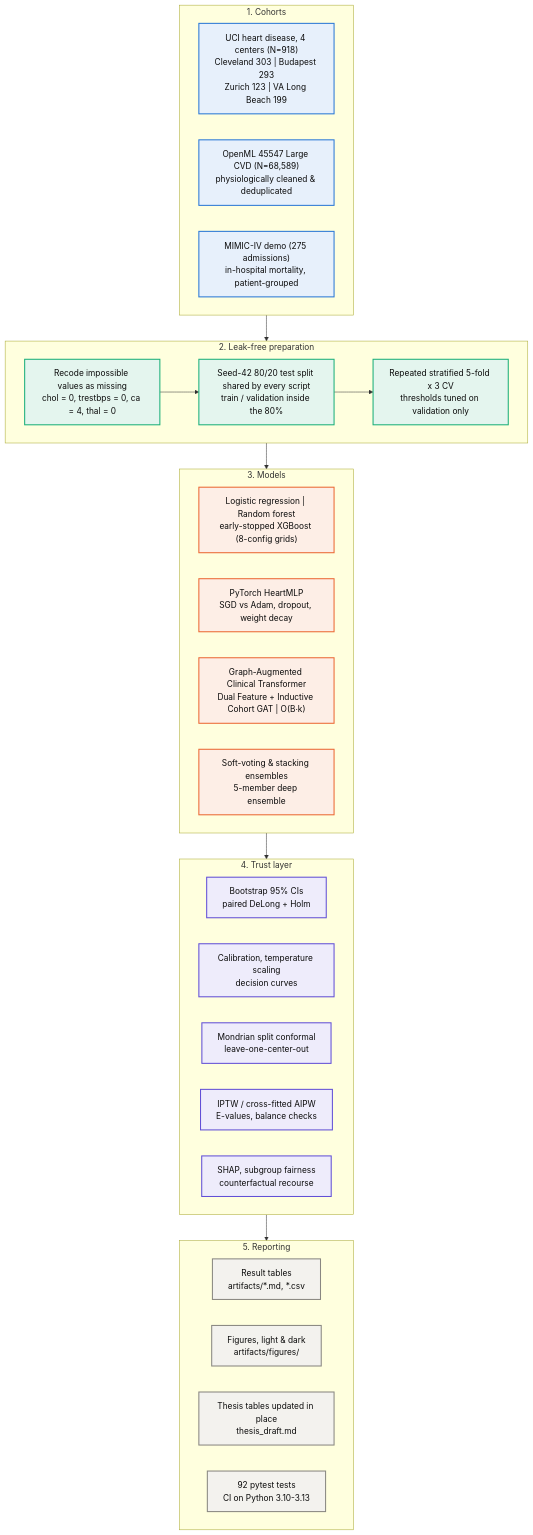
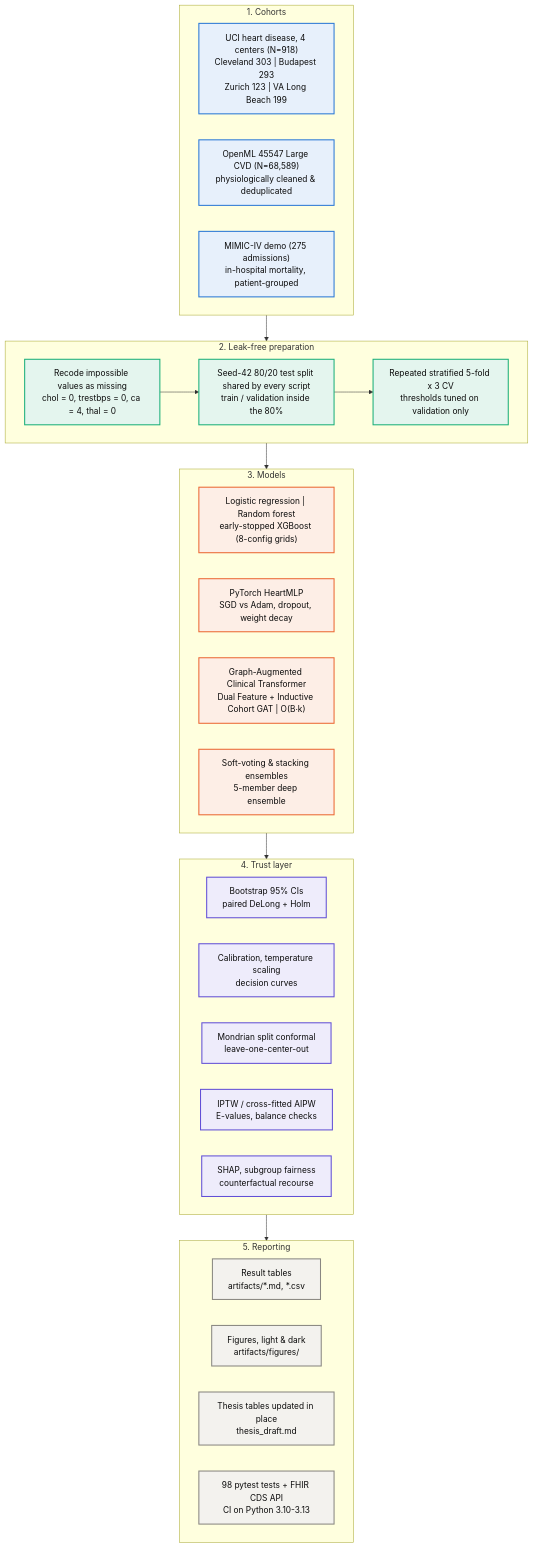
The diagram in README.md (YahyaLendani/heart-disease-clinical-ml), drawn with Mermaid before and after one commit. The commit also changed other lines of this file and 12 other files, not shown here.

````diff
--- a/README.md
+++ b/README.md
@@ -76,50 +76,50 @@
 ```mermaid
 flowchart TB
     classDef data fill:#e7f0fb,stroke:#2a78d6,stroke-width:2px,color:#0b0b0b
     classDef prep fill:#e4f5ee,stroke:#1baf7a,stroke-width:2px,color:#0b0b0b
     classDef model fill:#fdeee6,stroke:#eb6834,stroke-width:2px,color:#0b0b0b
     classDef trust fill:#eeecfb,stroke:#6250d6,stroke-width:2px,color:#0b0b0b
     classDef out fill:#f3f2ee,stroke:#898781,stroke-width:2px,color:#0b0b0b
 
     subgraph Data["1. Cohorts"]
         direction LR
         A1["UCI heart disease, 4 centers (N=918)<br/>Cleveland 303 | Budapest 293<br/>Zurich 123 | VA Long Beach 199"]:::data
         A2["OpenML 45547 Large CVD (N=68,589)<br/>physiologically cleaned & deduplicated"]:::data
         A3["MIMIC-IV demo (275 admissions)<br/>in-hospital mortality, patient-grouped"]:::data
     end
 
     subgraph Prep["2. Leak-free preparation"]
         direction LR
         B1["Recode impossible values as missing<br/>chol = 0, trestbps = 0, ca = 4, thal = 0"]:::prep
         B2["Seed-42 80/20 test split shared by every script<br/>train / validation inside the 80%"]:::prep
         B3["Repeated stratified 5-fold x 3 CV<br/>thresholds tuned on validation only"]:::prep
         B1 --> B2 --> B3
     end
 
     subgraph Models["3. Models"]
         direction LR
         C1["Logistic regression | Random forest<br/>early-stopped XGBoost (8-config grids)"]:::model
         C2["PyTorch HeartMLP<br/>SGD vs Adam, dropout, weight decay"]:::model
         C3["Graph-Augmented Clinical Transformer<br/>Dual Feature + Inductive Cohort GAT | O(B·k)"]:::model
         C4["Soft-voting & stacking ensembles<br/>5-member deep ensemble"]:::model
     end
 
     subgraph Trust["4. Trust layer"]
         direction LR
         D1["Bootstrap 95% CIs<br/>paired DeLong + Holm"]:::trust
         D2["Calibration, temperature scaling<br/>decision curves"]:::trust
         D3["Mondrian split conformal<br/>leave-one-center-out"]:::trust
         D4["IPTW / cross-fitted AIPW<br/>E-values, balance checks"]:::trust
         D5["SHAP, subgroup fairness<br/>counterfactual recourse"]:::trust
     end
 
     subgraph Output["5. Reporting"]
         direction LR
         E1["Result tables<br/>artifacts/*.md, *.csv"]:::out
         E2["Figures, light & dark<br/>artifacts/figures/"]:::out
         E3["Thesis tables updated in place<br/>thesis_draft.md"]:::out
-        E4["92 pytest tests<br/>CI on Python 3.10-3.13"]:::out
+        E4["98 pytest tests + FHIR CDS API<br/>CI on Python 3.10-3.13"]:::out
     end
 
     Data --> Prep --> Models --> Trust --> Output
 ```
````
